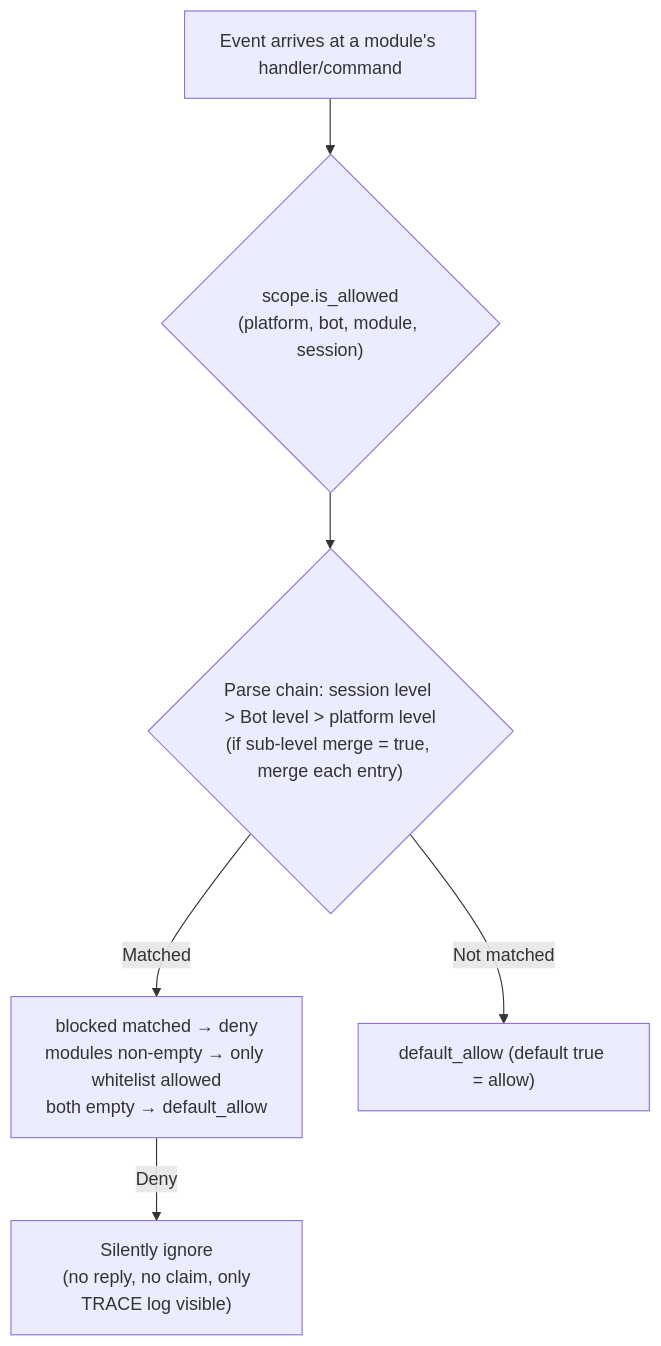
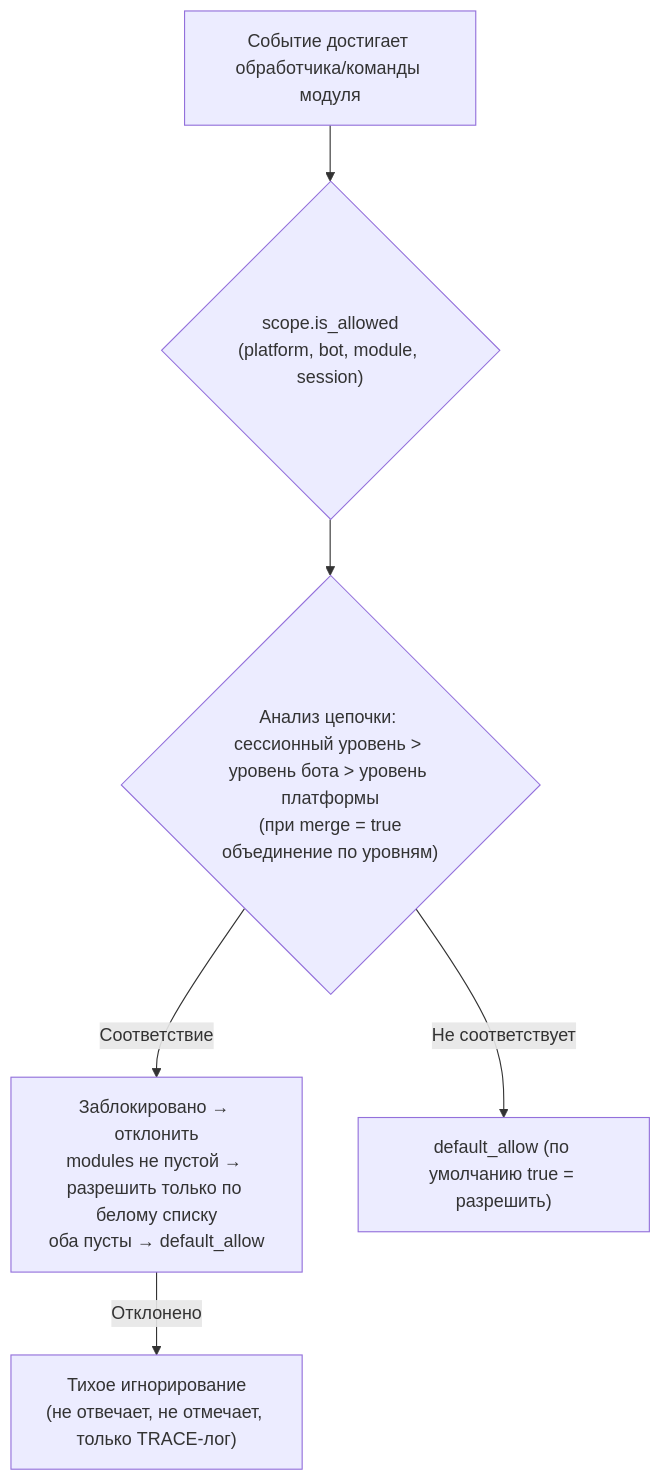
One commit to ErisPulse/ErisPulse changed the diagram in docs/ru/advanced/scope.md. Above: the diagram before and after it, drawn with Mermaid. The commit also changed other lines of this file and 622 other files, not shown here.

````diff
--- a/docs/ru/advanced/scope.md
+++ b/docs/ru/advanced/scope.md
@@ -86,8 +91,8 @@
 ```mermaid
 flowchart TD
-    A["Event arrives at a module's handler/command"] --> B{"scope.is_allowed<br/>(platform, bot, module, session)"}
-    B --> C{"Parse chain: session level > Bot level > platform level<br/>(if sub-level merge = true, merge each entry)"}
-    C -->|"Matched"| D["blocked matched → deny<br/>modules non-empty → only whitelist allowed<br/>both empty → default_allow"]
-    C -->|"Not matched"| E["default_allow (default true = allow)"]
-    D -->|"Deny"| Z["Silently ignore<br/> (no reply, no claim, only TRACE log visible)"]
+    A["Событие достигает обработчика/команды модуля"] --> B{"scope.is_allowed<br/>(platform, bot, module, session)"}
+    B --> C{"Анализ цепочки: сессионный уровень > уровень бота > уровень платформы<br/> (при merge = true объединение по уровням)"}
+    C -->|"Соответствие"| D["Заблокировано → отклонить<br/>modules не пустой → разрешить только по белому списку<br/>оба пусты → default_allow"]
+    C -->|"Не соответствует"| E["default_allow (по умолчанию true = разрешить)"]
+    D -->|"Отклонено"| Z["Тихое игнорирование<br/>(не отвечает, не отмечает, только TRACE-лог)"]
 ```
````
